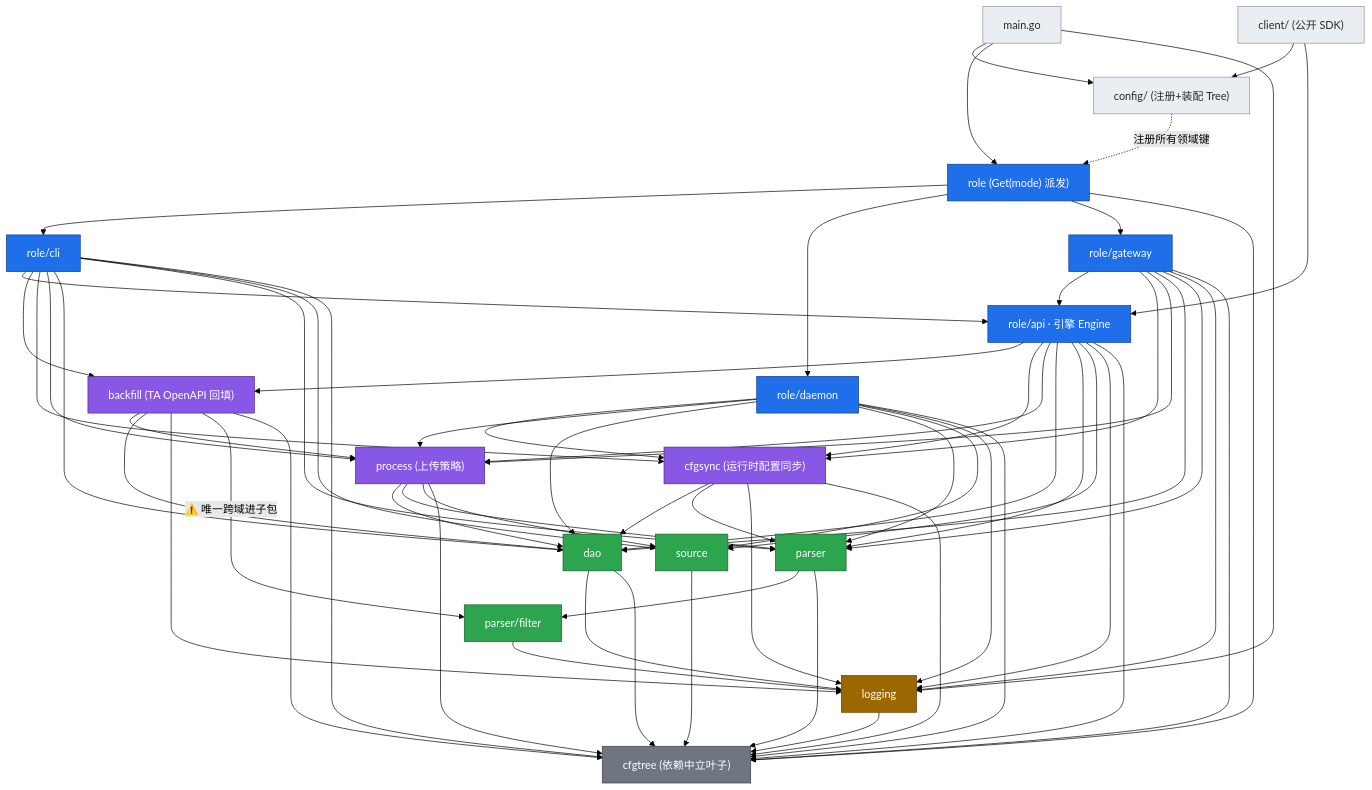
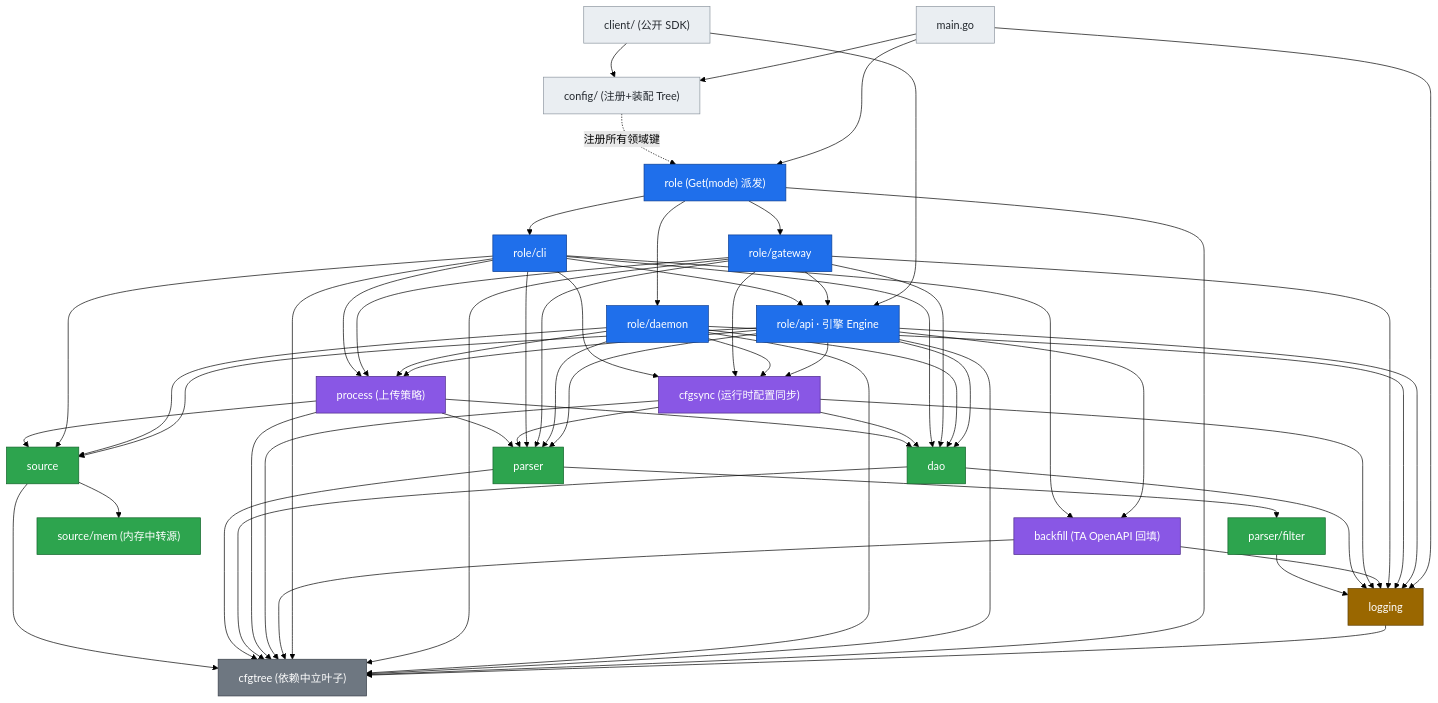
The first of 2 diagrams in doc/v1.7/dependency-graph.md (aura-studio/ta2mongo), drawn with Mermaid (forest theme) before and after one commit. The commit also changed other lines of this file and 38 other files, not shown here.

````diff
--- a/doc/v1.7/dependency-graph.md
+++ b/doc/v1.7/dependency-graph.md
@@ -13,68 +13,71 @@
 ```mermaid
 graph TD
   classDef role     fill:#1f6feb,stroke:#0b3d91,color:#fff;
   classDef orch     fill:#8957e5,stroke:#4c2889,color:#fff;
   classDef domain   fill:#2da44e,stroke:#116329,color:#fff;
   classDef found    fill:#9a6700,stroke:#5c3d00,color:#fff;
   classDef leaf     fill:#6e7781,stroke:#373e47,color:#fff;
   classDef ext      fill:#eaeef2,stroke:#8c959f,color:#24292f;
 
   %% ---------- 入口 / 消费方（internal 外，仅作上下文）----------
   main["main.go"]:::ext
   client["client/ (公开 SDK)"]:::ext
   config["config/ (注册+装配 Tree)"]:::ext
 
   %% ---------- 角色层 internal/role ----------
   role["role (Get(mode) 派发)"]:::role
   api["role/api · 引擎 Engine"]:::role
   daemon["role/daemon"]:::role
   gateway["role/gateway"]:::role
   cli["role/cli"]:::role
 
   %% ---------- 编排领域（顶层域，非角色）----------
   backfill["backfill (TA OpenAPI 回填)"]:::orch
   cfgsync["cfgsync (运行时配置同步)"]:::orch
   process["process (上传策略)"]:::orch
 
   %% ---------- 数据领域根包 ----------
   dao["dao"]:::domain
   parser["parser"]:::domain
   source["source"]:::domain
+  smem["source/mem (内存中转源)"]:::domain
   pfilter["parser/filter"]:::domain
 
   %% ---------- 基础 / 叶子 ----------
   logging["logging"]:::found
   cfgtree["cfgtree (依赖中立叶子)"]:::leaf
 
   %% ===== 入口/消费方 =====
   main --> config & role & logging
   client --> config & api
   config -. 注册所有领域键 .-> role
 
   %% ===== 角色层 =====
   role --> cli & daemon & gateway
   gateway --> api
   cli --> api
 
   api --> backfill & cfgsync & process & dao & parser & source & logging
   daemon --> cfgsync & process & dao & parser & source & logging
   gateway --> cfgsync & process & dao & parser & logging
   cli --> backfill & cfgsync & process & dao & parser & source
 
   %% ===== 编排领域 =====
-  backfill --> process & dao & logging
-  backfill -->|"⚠️ 唯一跨域进子包"| pfilter
+  %% backfill 现在只依赖 logging + cfgtree；回填行经 source/mem 中转源喂进普通管线，
+  %% 不再 import dao / process / parser/filter（不再有跨域进子包的例外）。
+  backfill --> logging
   cfgsync --> dao & parser & logging
   process --> dao & parser & source
 
   %% ===== 数据领域 =====
-  %% 注意：source 根包本身不 import logging（只有它的四个子包 import），故此处不画 source-->logging
+  %% 注意：source 根包本身不 import logging（只有它的子包 import），故此处不画 source-->logging
+  source --> smem
   dao --> logging
   parser --> pfilter
   pfilter --> logging
 
   %% ===== 基础 =====
   logging --> cfgtree
   role & api & daemon & gateway & cli --> cfgtree
   backfill & cfgsync & process & dao & parser & source --> cfgtree
 ```
````
